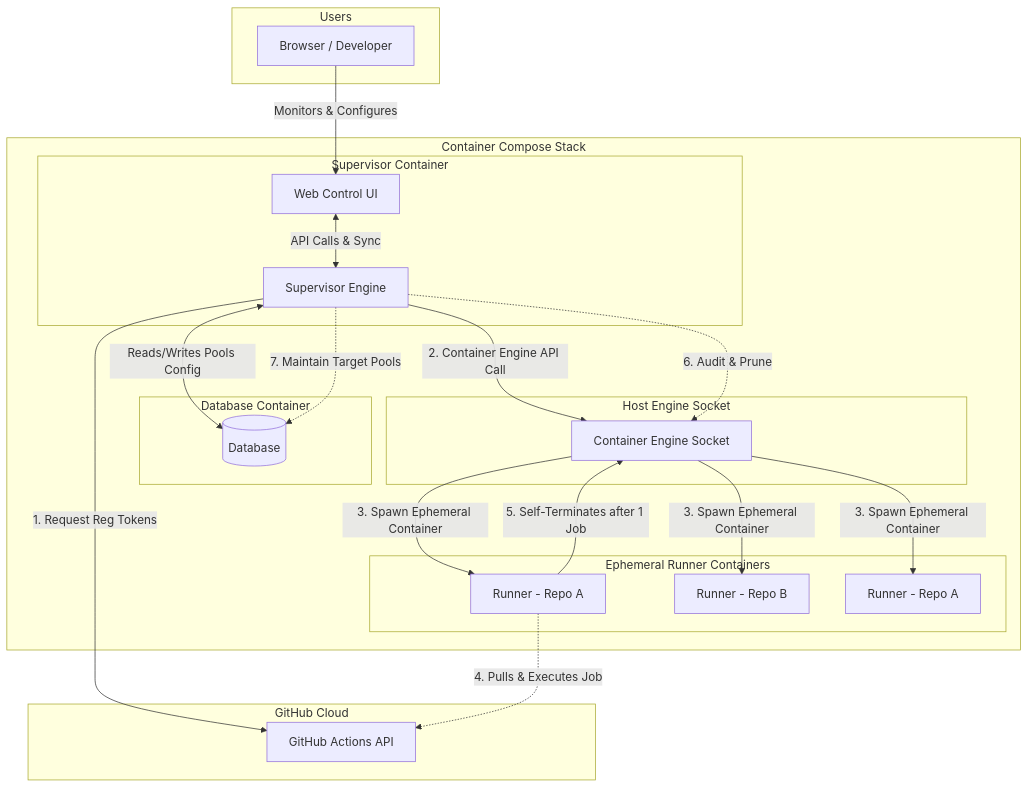
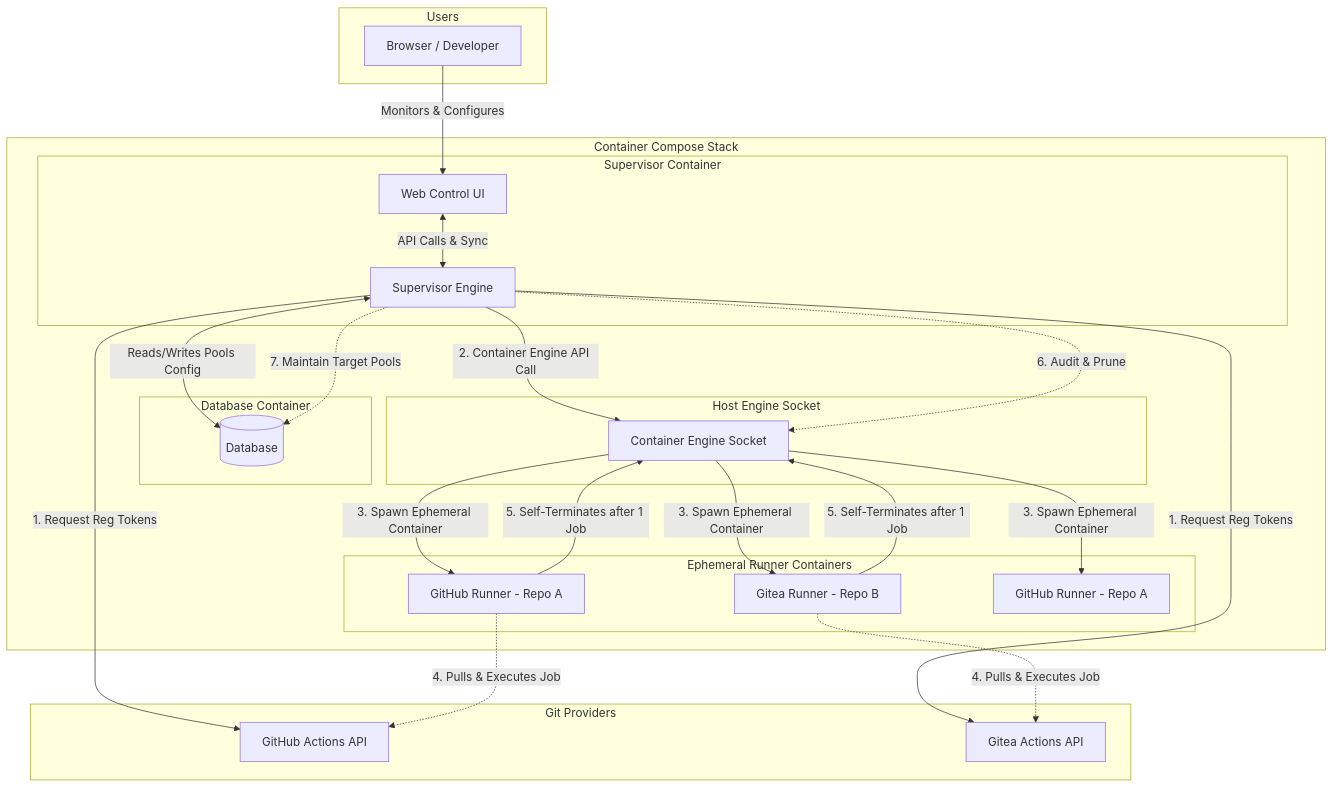
Before and after one commit to noosxe/gh-runner: the diagram in docs/requirements.md, drawn with Mermaid. The commit also changed other lines of this file and 4 other files, not shown here.

Commit message:
docs: design Gitea Actions runner support in AIO Supervisor (#14)

````diff
--- a/docs/requirements.md
+++ b/docs/requirements.md
@@ -34,45 +34,49 @@
 ```mermaid
 graph TD
     subgraph Users
         User[Browser / Developer]
     end
 
-    subgraph GitHub Cloud
+    subgraph Git Providers
         GH[GitHub Actions API]
+        GT[Gitea Actions API]
     end
 
     subgraph Host Machine [Container Compose Stack]
         subgraph Supervisor Container
             SD[Supervisor Engine]
             WebUI[Web Control UI]
         end
 
         subgraph Database Container
             DB[(Database)]
         end
 
         subgraph Host Engine Socket
             Engine[Container Engine Socket]
         end
 
         subgraph Ephemeral Runner Containers
-            R1[Runner - Repo A]
-            R2[Runner - Repo B]
-            R3[Runner - Repo A]
+            R1[GitHub Runner - Repo A]
+            R2[Gitea Runner - Repo B]
+            R3[GitHub Runner - Repo A]
         end
     end
 
     %% Communication Pathways
     User -->|Monitors & Configures| WebUI
     WebUI <-->|API Calls & Sync| SD
     SD <-->|Reads/Writes Pools Config| DB
     SD -->|1. Request Reg Tokens| GH
+    SD -->|1. Request Reg Tokens| GT
     SD -->|2. Container Engine API Call| Engine
     Engine -->|3. Spawn Ephemeral Container| R1
     Engine -->|3. Spawn Ephemeral Container| R2
     Engine -->|3. Spawn Ephemeral Container| R3
     R1 -.->|4. Pulls & Executes Job| GH
+    R2 -.->|4. Pulls & Executes Job| GT
     R1 -->|5. Self-Terminates after 1 Job| Engine
+    R2 -->|5. Self-Terminates after 1 Job| Engine
     SD -.->|6. Audit & Prune| Engine
     SD -.->|7. Maintain Target Pools| DB
 ```
````
